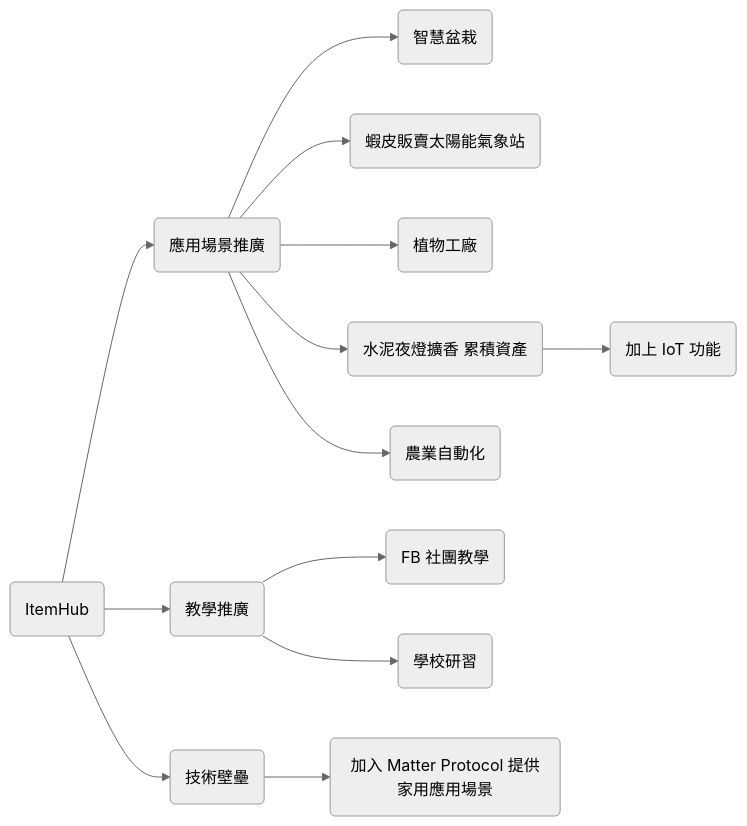
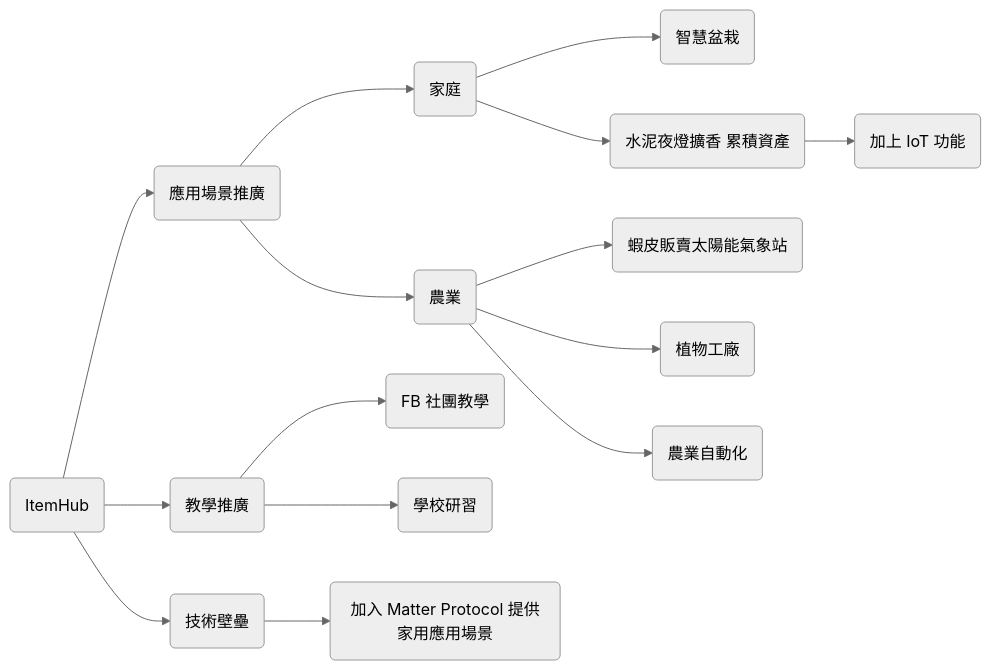
Before and after one commit to miterfrants/itemhub: the diagram in README.md, drawn with Mermaid (neutral theme).

````diff
--- a/README.md
+++ b/README.md
@@ -3,15 +3,17 @@
 ```mermaid
 graph LR
     A(ItemHub) --> B(應用場景推廣)
-    B --> C(智慧盆栽)
-    B --> D(蝦皮販賣太陽能氣象站)
-    B --> E(植物工廠)
-    B --> K(水泥夜燈擴香 累積資產)
-    B --> M(農業自動化)
-    K --> L(加上 IoT 功能)
-    A --> F(教學推廣)
-    F --> G(FB 社團教學)
-    F --> H(學校研習)
-    A --> I(技術壁壘)
-    I --> J(加入 Matter Protocol 提供家用應用場景)
+    B --> C(家庭)
+    C --> D(智慧盆栽)
+    C --> E(水泥夜燈擴香 累積資產)
+    E --> F(加上 IoT 功能)
+    B --> G(農業)
+    G --> H(蝦皮販賣太陽能氣象站)
+    G --> I(植物工廠)
+    G --> J(農業自動化)
+    A --> K(教學推廣)
+    K --> L(FB 社團教學)
+    K --> M(學校研習)
+    A --> N(技術壁壘)
+    N --> O(加入 Matter Protocol 提供家用應用場景)
 ```
````
